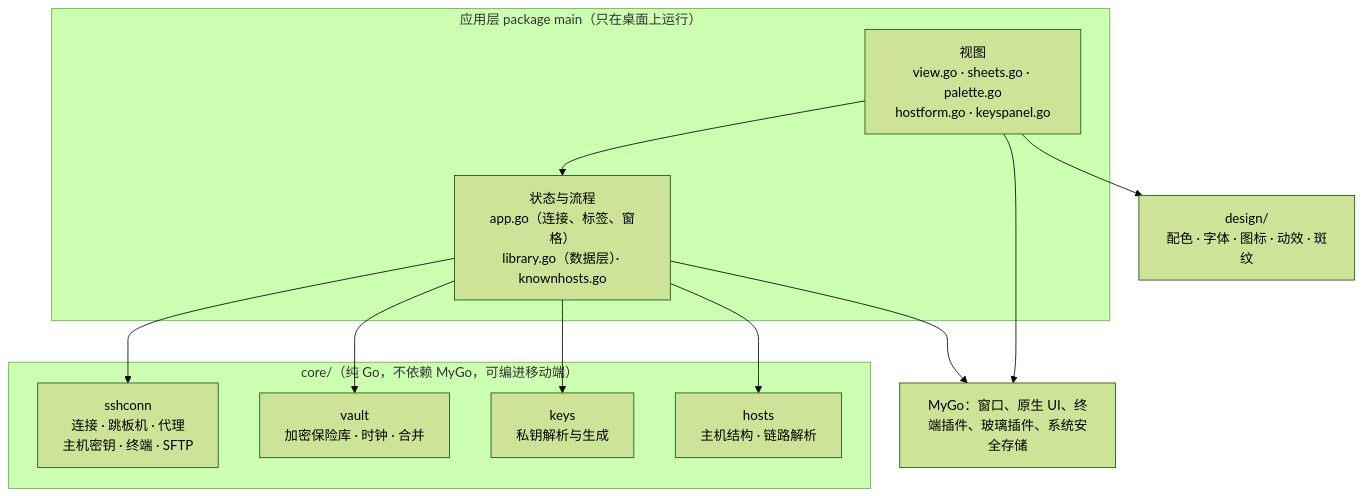
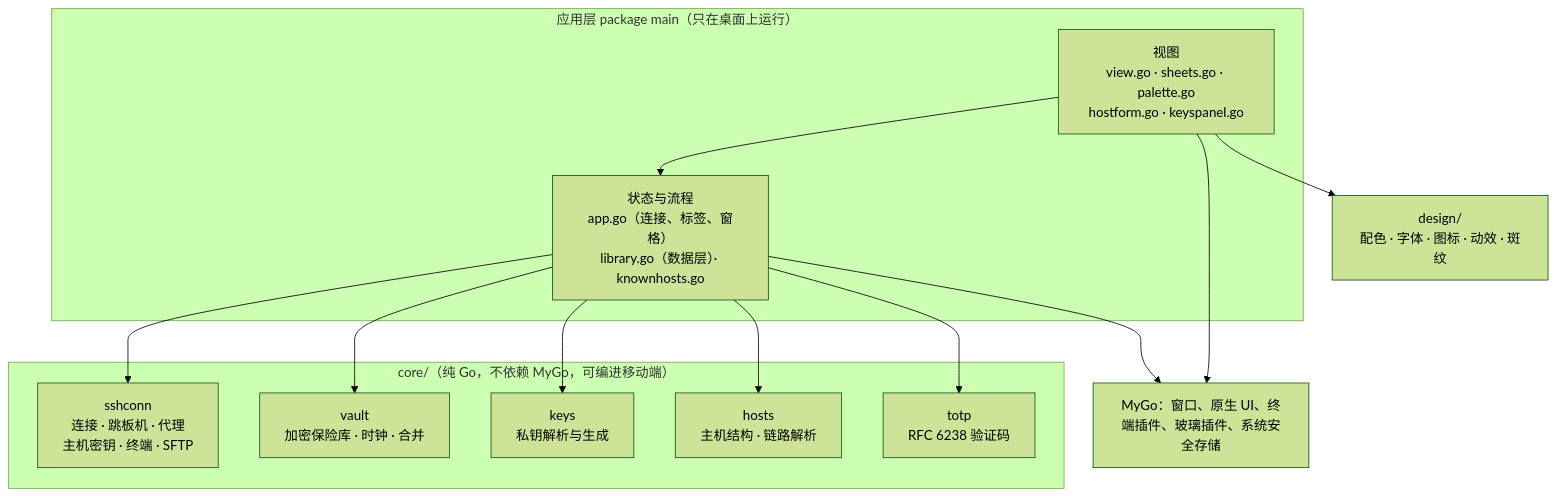
The first of 2 diagrams in docs/architecture.md (jhzhang09/serval), drawn with Mermaid (forest theme) before and after one commit. The commit also changed other lines of this file and 9 other files, not shown here.

````diff
--- a/docs/architecture.md
+++ b/docs/architecture.md
@@ -7,20 +7,21 @@
 ```mermaid
 flowchart TB
     subgraph app["应用层 package main（只在桌面上运行）"]
         view["视图<br/>view.go · sheets.go · palette.go<br/>hostform.go · keyspanel.go"]
         state["状态与流程<br/>app.go（连接、标签、窗格）<br/>library.go（数据层）· knownhosts.go"]
     end
     design["design/<br/>配色 · 字体 · 图标 · 动效 · 斑纹"]
     subgraph core["core/（纯 Go，不依赖 MyGo，可编进移动端）"]
         sshconn["sshconn<br/>连接 · 跳板机 · 代理<br/>主机密钥 · 终端 · SFTP"]
         vault["vault<br/>加密保险库 · 时钟 · 合并"]
         keys["keys<br/>私钥解析与生成"]
         hosts["hosts<br/>主机结构 · 链路解析"]
+        totp["totp<br/>RFC 6238 验证码"]
     end
     mygo["MyGo：窗口、原生 UI、终端插件、玻璃插件、系统安全存储"]
     view --> state
     view --> design
-    state --> sshconn & vault & keys & hosts
+    state --> sshconn & vault & keys & hosts & totp
     view --> mygo
     state --> mygo
 ```
````
